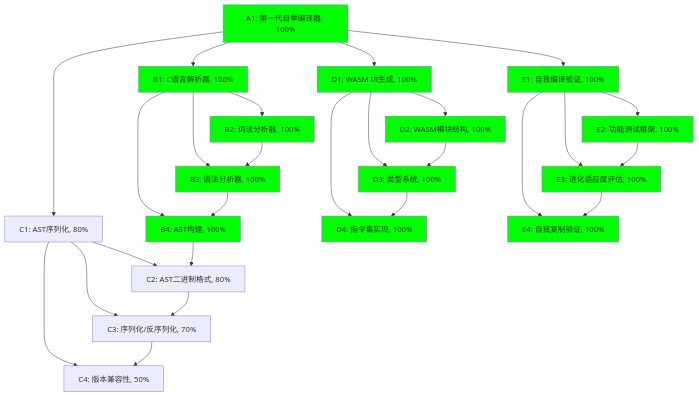
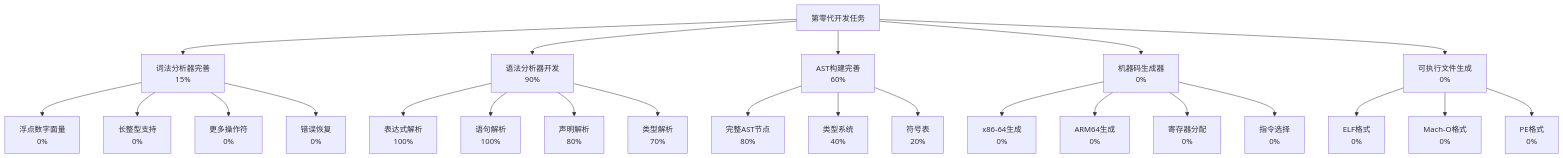
The diagram in aitasker.md (wanjochan/self-evolve-ai), drawn with Mermaid before and after one commit. The commit also changed other lines of this file and 18 other files, not shown here.

````diff
--- a/aitasker.md
+++ b/aitasker.md
@@ -11,47 +14,31 @@
 ```mermaid
-graph TD
-    A[A1: 第一代自举编译器, 100%] --> B[B1: C语言解析器, 100%]
-    A --> C[C1: AST序列化, 80%]
-    A --> D[D1: WASM IR生成, 100%]
-    A --> E[E1: 自我编译验证, 100%]
+graph TB
+    A[第零代开发任务] --> B[词法分析器完善<br>15%]
+    A --> C[语法分析器开发<br>90%]
+    A --> D[AST构建完善<br>60%]
+    A --> E[机器码生成器<br>0%]
+    A --> F[可执行文件生成<br>0%]
     
-    B --> B2[B2: 词法分析器, 100%]
-    B --> B3[B3: 语法分析器, 100%]
-    B --> B4[B4: AST构建, 100%]
+    B --> B1[浮点数字面量<br>0%]
+    B --> B2[长整型支持<br>0%]
+    B --> B3[更多操作符<br>0%]
+    B --> B4[错误恢复<br>0%]
     
-    C --> C2[C2: AST二进制格式, 80%]
-    C --> C3[C3: 序列化/反序列化, 70%]
-    C --> C4[C4: 版本兼容性, 50%]
+    C --> C1[表达式解析<br>100%]
+    C --> C2[语句解析<br>100%]
+    C --> C3[声明解析<br>80%]
+    C --> C4[类型解析<br>70%]
     
-    D --> D2[D2: WASM模块结构, 100%]
-    D --> D3[D3: 类型系统, 100%]
-    D --> D4[D4: 指令集实现, 100%]
+    D --> D1[完整AST节点<br>80%]
+    D --> D2[类型系统<br>40%]
+    D --> D3[符号表<br>20%]
     
-    E --> E2[E2: 功能测试框架, 100%]
-    E --> E3[E3: 进化适应度评估, 100%]
-    E --> E4[E4: 自我复制验证, 100%]
+    E --> E1[x86-64生成<br>0%]
+    E --> E2[ARM64生成<br>0%]
+    E --> E3[寄存器分配<br>0%]
+    E --> E4[指令选择<br>0%]
     
-    B2 --> B3
-    B3 --> B4
-    B4 --> C2
-    C2 --> C3
-    C3 --> C4
-    D2 --> D3
-    D3 --> D4
-    E2 --> E3
-    E3 --> E4
-    
-    style A fill:#00ff00
-    style B fill:#00ff00
-    style D fill:#00ff00
-    style E fill:#00ff00
-    style B2 fill:#00ff00
-    style B3 fill:#00ff00
-    style B4 fill:#00ff00
-    style D2 fill:#00ff00
-    style D3 fill:#00ff00
-    style D4 fill:#00ff00
-    style E2 fill:#00ff00
-    style E3 fill:#00ff00
-    style E4 fill:#00ff00
+    F --> F1[ELF格式<br>0%]
+    F --> F2[Mach-O格式<br>0%]
+    F --> F3[PE格式<br>0%]
 ```
````
